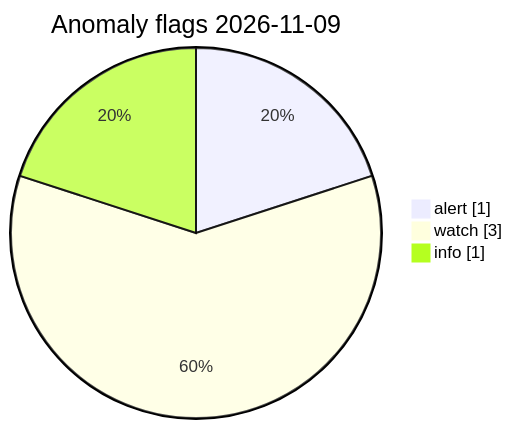
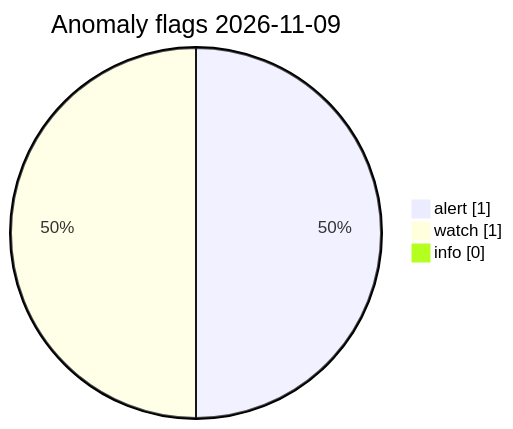
The diagram in visuals/latest/CHARTS.md (Midwest-Stratospheric/Unified-Open-Global-Weather), drawn with Mermaid before and after one commit. The commit also changed other lines of this file and 13 other files, not shown here.

Commit message:
data(visuals): automated charts 2026-11-09T19:57Z

````diff
--- a/visuals/latest/CHARTS.md
+++ b/visuals/latest/CHARTS.md
@@ -73,7 +73,7 @@
 ```mermaid
 pie showData
   title Anomaly flags 2026-11-09
   "alert" : 1
-  "watch" : 3
-  "info" : 1
+  "watch" : 1
+  "info" : 0
 ```
````
